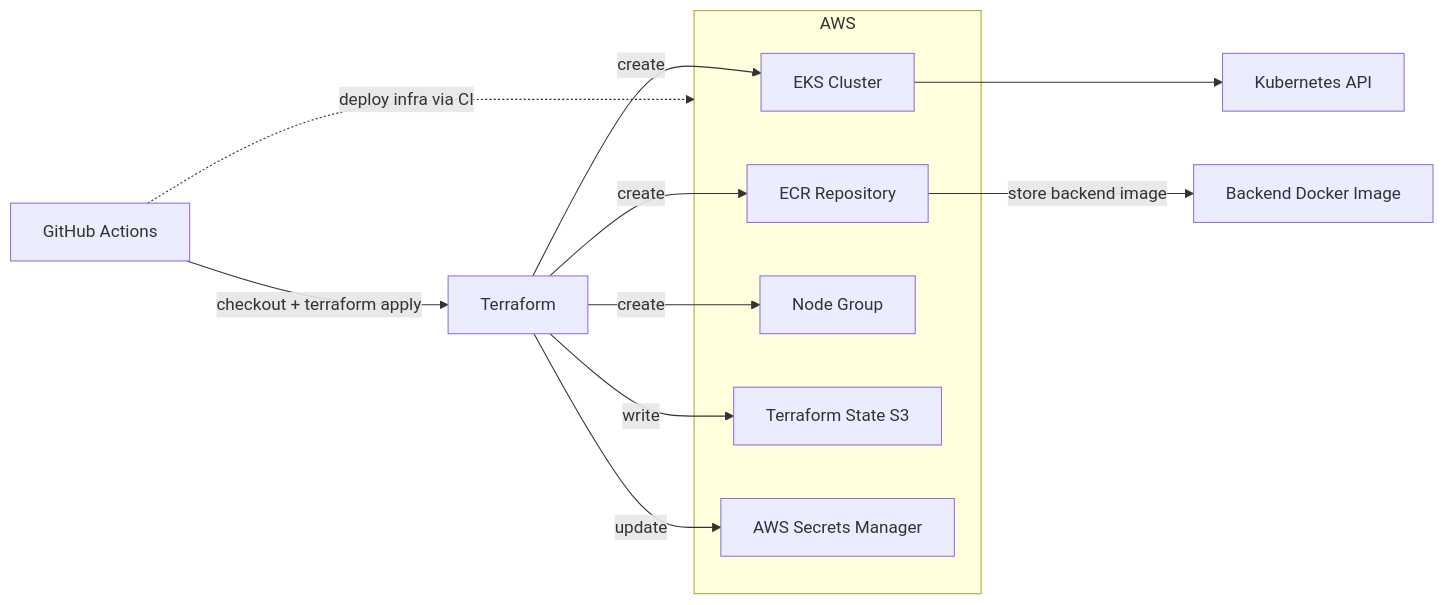
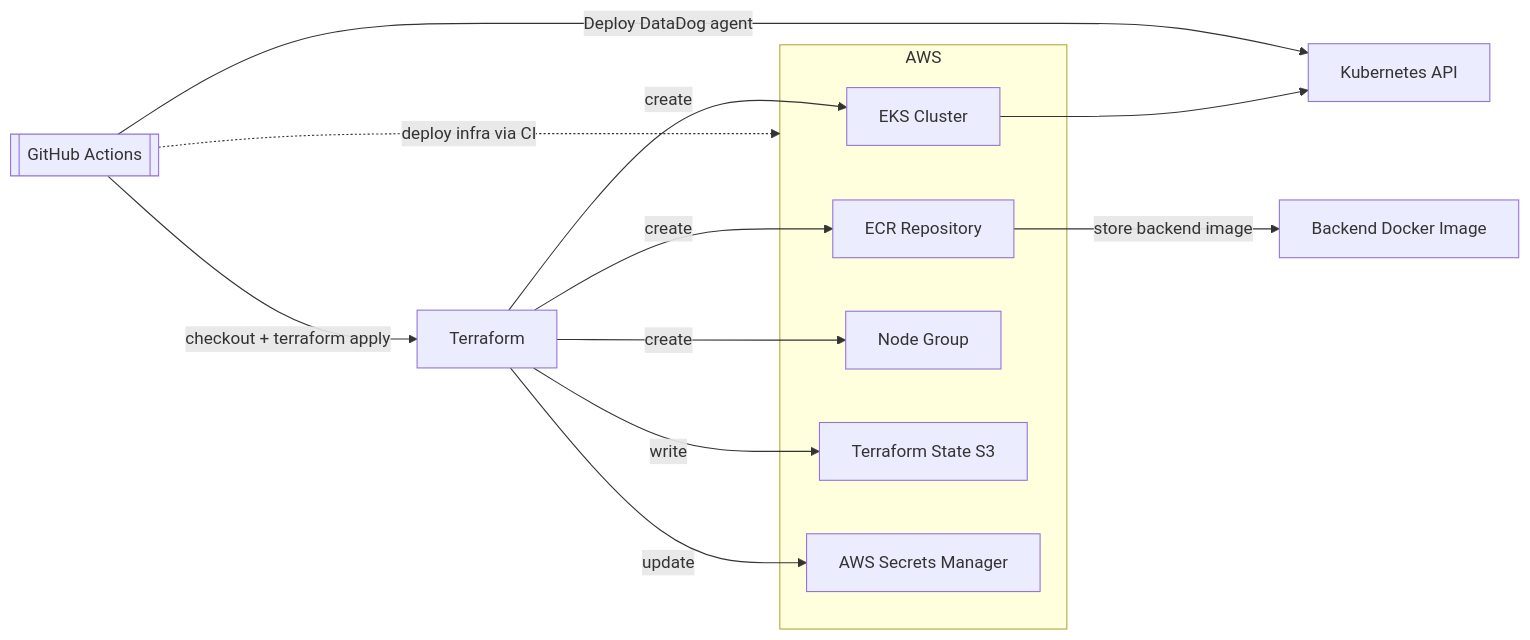
One commit to pitflow-so/pitflow-cluster-kubernetes changed the diagram in README.md. Above: the diagram before and after it, drawn with Mermaid. The commit also changed other lines of this file, not shown here.

````diff
--- a/README.md
+++ b/README.md
@@ -34,19 +35,20 @@
 ```mermaid
 flowchart LR
   GH[GitHub Actions] -->|checkout + terraform apply| Terraform[Terraform]
+  GH[[GitHub Actions]] -->| Deploy DataDog agent| Kubernetes[Kubernetes API]
   Terraform -->|create| EKS[EKS Cluster]
   Terraform -->|create| ECR[ECR Repository]
   Terraform -->|create| NodeGroup[Node Group]
   Terraform -->|write| S3[Terraform State S3]
   Terraform -->|update| Secret[AWS Secrets Manager]
   EKS --> Kubernetes[Kubernetes API]
   ECR -->|store backend image| BackendImage[Backend Docker Image]
   subgraph AWS
     EKS
     ECR
     NodeGroup
     S3
     Secret
   end
   GH -.->|deploy infra via CI| AWS
 ```
````
